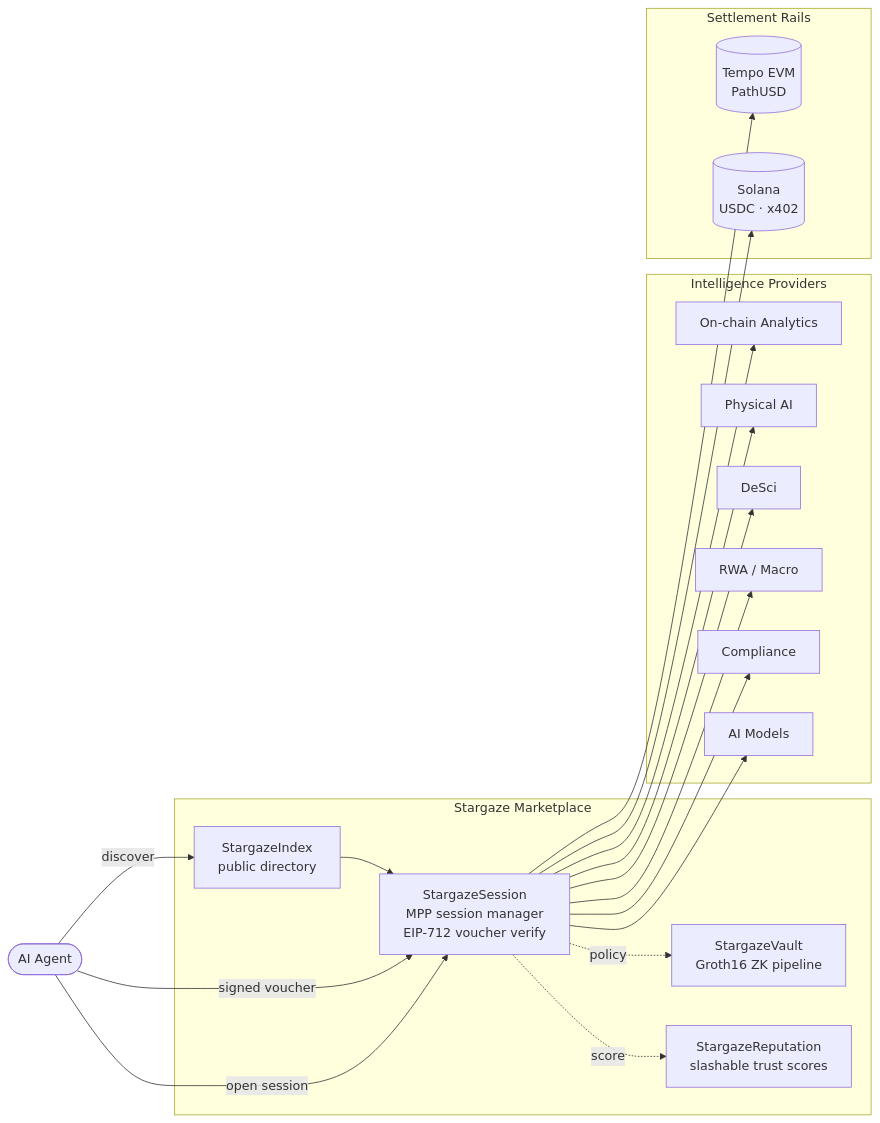
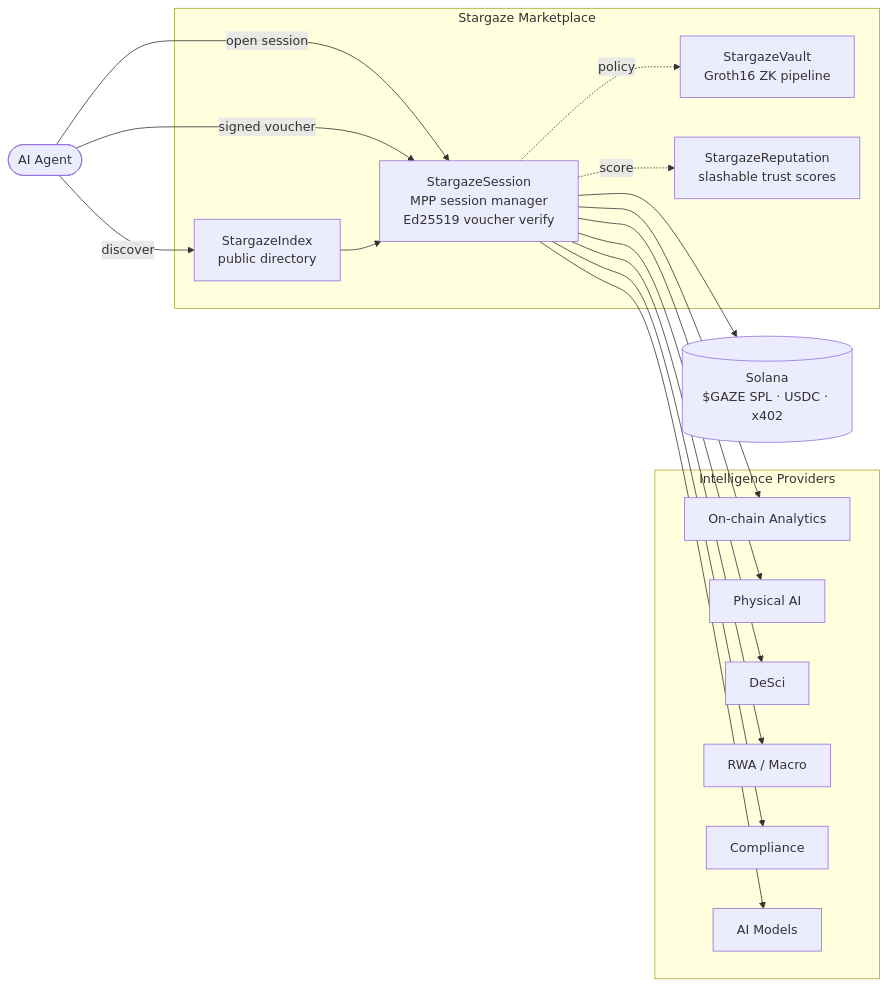
One commit to StargazeMPP/StargazeMPP changed the first of 2 diagrams in README.md. Above: the diagram before and after it, drawn with Mermaid. The commit also changed other lines of this file, not shown here.

Commit message:
docs: solana-only

````diff
--- a/README.md
+++ b/README.md
@@ -44,43 +43,39 @@
 ```mermaid
 flowchart LR
     A([AI Agent])
 
     subgraph SG[Stargaze Marketplace]
         IDX[StargazeIndex<br/>public directory]
-        SESS[StargazeSession<br/>MPP session manager<br/>EIP-712 voucher verify]
+        SESS[StargazeSession<br/>MPP session manager<br/>Ed25519 voucher verify]
         VAULT[StargazeVault<br/>Groth16 ZK pipeline]
         REP[StargazeReputation<br/>slashable trust scores]
     end
 
     subgraph Providers[Intelligence Providers]
         P1[On-chain Analytics]
         P2[Physical AI]
         P3[DeSci]
         P4[RWA / Macro]
         P5[Compliance]
         P6[AI Models]
     end
 
-    subgraph Chains[Settlement Rails]
-        TEMPO[(Tempo EVM<br/>PathUSD)]
-        SOL[(Solana<br/>USDC · x402)]
-    end
+    SOL[(Solana<br/>$GAZE SPL · USDC · x402)]
 
     A -->|discover| IDX
     A -->|open session| SESS
     A -->|signed voucher| SESS
 
     IDX --> SESS
     SESS -.->|policy| VAULT
     SESS -.->|score| REP
 
     SESS --> P1
     SESS --> P2
     SESS --> P3
     SESS --> P4
     SESS --> P5
     SESS --> P6
 
-    SESS --> TEMPO
     SESS --> SOL
 ```
````
